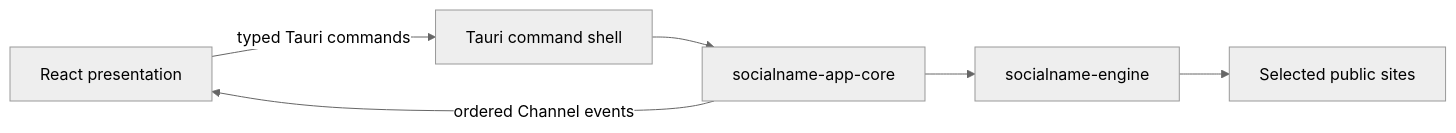
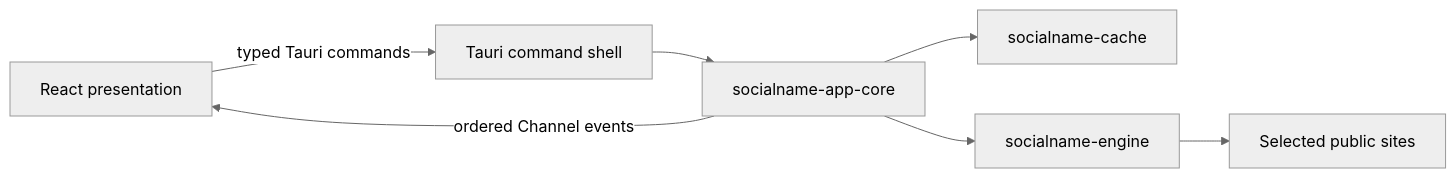
The diagram in docs/desktop-application.md (yhay81/socialname), drawn with Mermaid (neutral theme) before and after one commit. The commit also changed other lines of this file and 5 other files, not shown here.

````diff
--- a/docs/desktop-application.md
+++ b/docs/desktop-application.md
@@ -39,8 +39,9 @@
 ```mermaid
 flowchart LR
     UI["React presentation"] -->|"typed Tauri commands"| Shell["Tauri command shell"]
     Shell --> Core["socialname-app-core"]
+    Core --> Cache["socialname-cache"]
     Core --> Engine["socialname-engine"]
     Engine --> Sites["Selected public sites"]
     Core -->|"ordered Channel events"| UI
 ```
````
